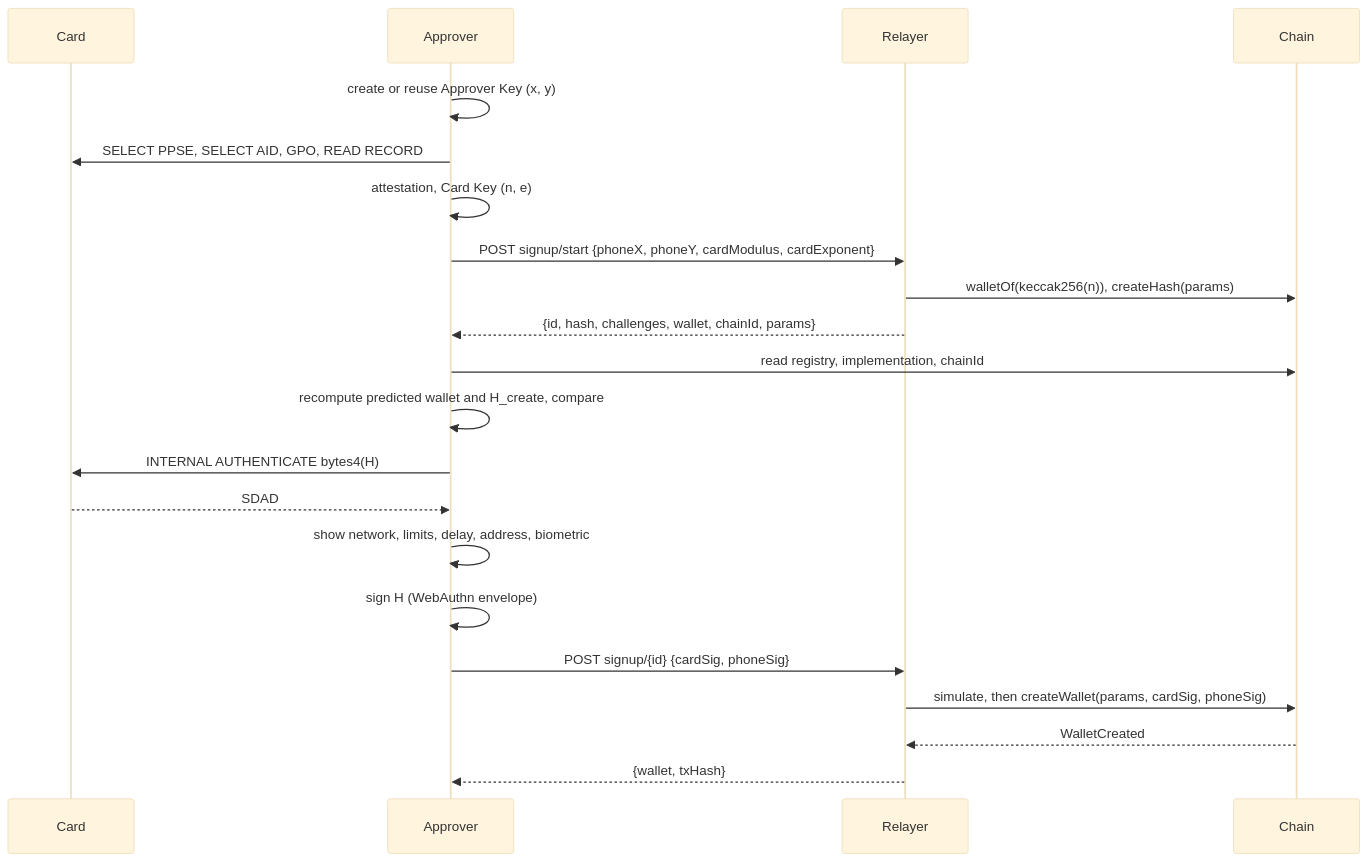
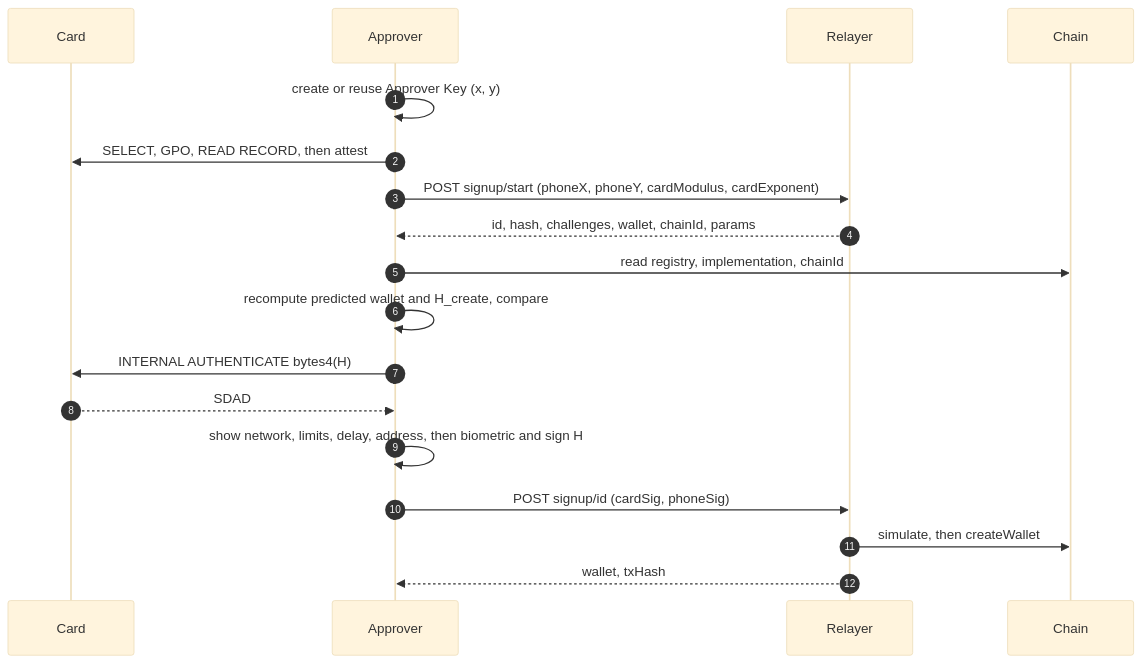
The eighth of 11 diagrams in docs/PROTOCOL.md (team-somehow/tap2eth), drawn with Mermaid (base theme) before and after one commit. The commit also changed other lines of this file and 1 other file, not shown here.

First line of the commit message:
docs: shorten the white paper and spec, add reader-card diagrams

````diff
--- a/docs/PROTOCOL.md
+++ b/docs/PROTOCOL.md
@@ -1240,23 +1045,20 @@
 ```mermaid
 sequenceDiagram
+    autonumber
     participant Card
     participant A as Approver
     participant L as Relayer
     participant W as Chain
     A->>A: create or reuse Approver Key (x, y)
-    A->>Card: SELECT PPSE, SELECT AID, GPO, READ RECORD
-    A->>A: attestation, Card Key (n, e)
-    A->>L: POST signup/start {phoneX, phoneY, cardModulus, cardExponent}
-    L->>W: walletOf(keccak256(n)), createHash(params)
-    L-->>A: {id, hash, challenges, wallet, chainId, params}
+    A->>Card: SELECT, GPO, READ RECORD, then attest
+    A->>L: POST signup/start (phoneX, phoneY, cardModulus, cardExponent)
+    L-->>A: id, hash, challenges, wallet, chainId, params
     A->>W: read registry, implementation, chainId
     A->>A: recompute predicted wallet and H_create, compare
     A->>Card: INTERNAL AUTHENTICATE bytes4(H)
     Card-->>A: SDAD
-    A->>A: show network, limits, delay, address, biometric
-    A->>A: sign H (WebAuthn envelope)
-    A->>L: POST signup/{id} {cardSig, phoneSig}
-    L->>W: simulate, then createWallet(params, cardSig, phoneSig)
-    W-->>L: WalletCreated
-    L-->>A: {wallet, txHash}
+    A->>A: show network, limits, delay, address, then biometric and sign H
+    A->>L: POST signup/id (cardSig, phoneSig)
+    L->>W: simulate, then createWallet
+    L-->>A: wallet, txHash
 ```
````
